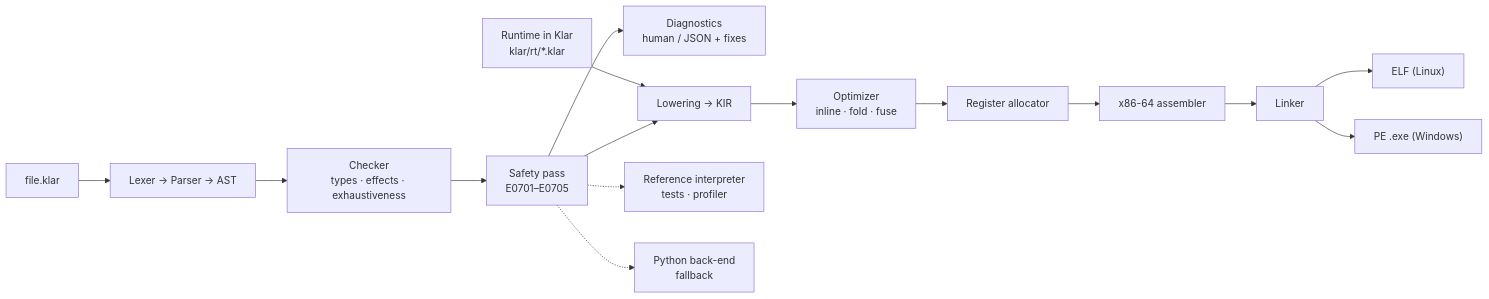
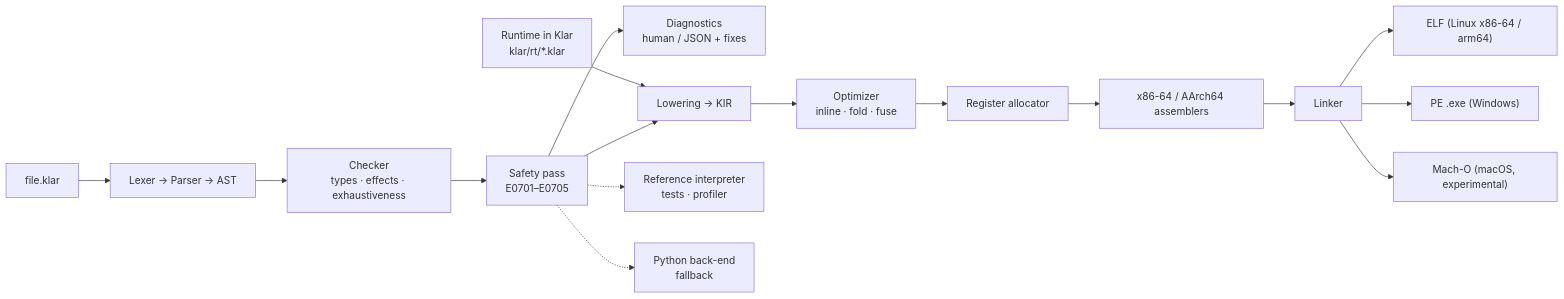
Before and after one commit to veosett/Klar: the first of 2 diagrams in README.md, drawn with Mermaid. The commit also changed other lines of this file and 22 other files, not shown here.

````diff
--- a/README.md
+++ b/README.md
@@ -127,17 +127,18 @@
 ```mermaid
 flowchart LR
     src["file.klar"] --> fe["Lexer → Parser → AST"]
     fe --> chk["Checker<br/>types · effects · exhaustiveness"]
     chk --> safe["Safety pass<br/>E0701–E0705"]
     safe --> diag["Diagnostics<br/>human / JSON + fixes"]
     safe --> lower["Lowering → KIR"]
     lower --> opt["Optimizer<br/>inline · fold · fuse"]
     opt --> ra["Register allocator"]
-    ra --> asm["x86-64 assembler"]
+    ra --> asm["x86-64 / AArch64 assemblers"]
     asm --> link["Linker"]
-    link --> elf["ELF (Linux)"]
+    link --> elf["ELF (Linux x86-64 / arm64)"]
     link --> pe["PE .exe (Windows)"]
+    link --> macho["Mach-O (macOS, experimental)"]
     rt["Runtime in Klar<br/>klar/rt/*.klar"] --> lower
     safe -.-> interp["Reference interpreter<br/>tests · profiler"]
     safe -.-> py["Python back-end<br/>fallback"]
 ```
````
